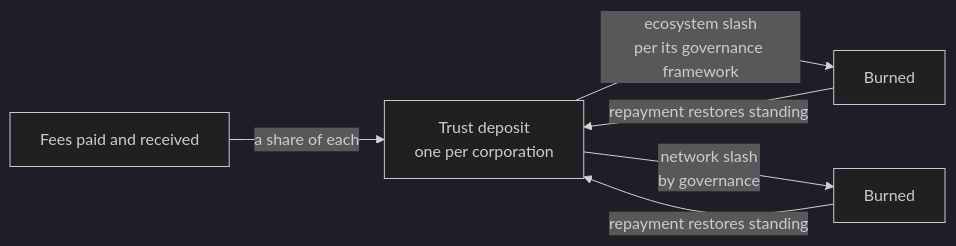
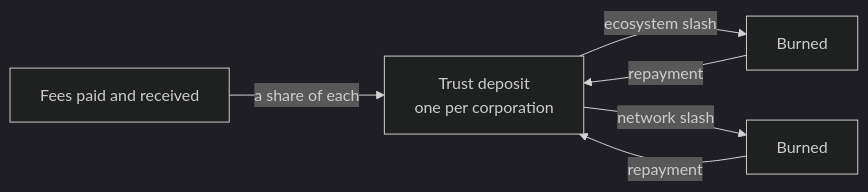
The diagram in docs/understand/ecosystems/trust-deposit-and-reputation.md (verana-labs/verana-docs), drawn with Mermaid (dark theme) before and after one commit. The commit also changed 4 other files, not shown here.

Commit message:
docs(understand): diagrams with single-line edge labels, no overlapping text

````diff
--- a/docs/understand/ecosystems/trust-deposit-and-reputation.md
+++ b/docs/understand/ecosystems/trust-deposit-and-reputation.md
@@ -11,7 +11,7 @@
 ```mermaid
 flowchart LR
   F[Fees paid and received] -->|a share of each| D[Trust deposit<br/>one per corporation]
-  D -->|ecosystem slash<br/>per its governance framework| S1[Burned]
-  D -->|network slash<br/>by governance| S2[Burned]
-  S1 & S2 -->|repayment restores standing| D
+  D -->|ecosystem slash| S1[Burned]
+  D -->|network slash| S2[Burned]
+  S1 & S2 -->|repayment| D
 ```
````
